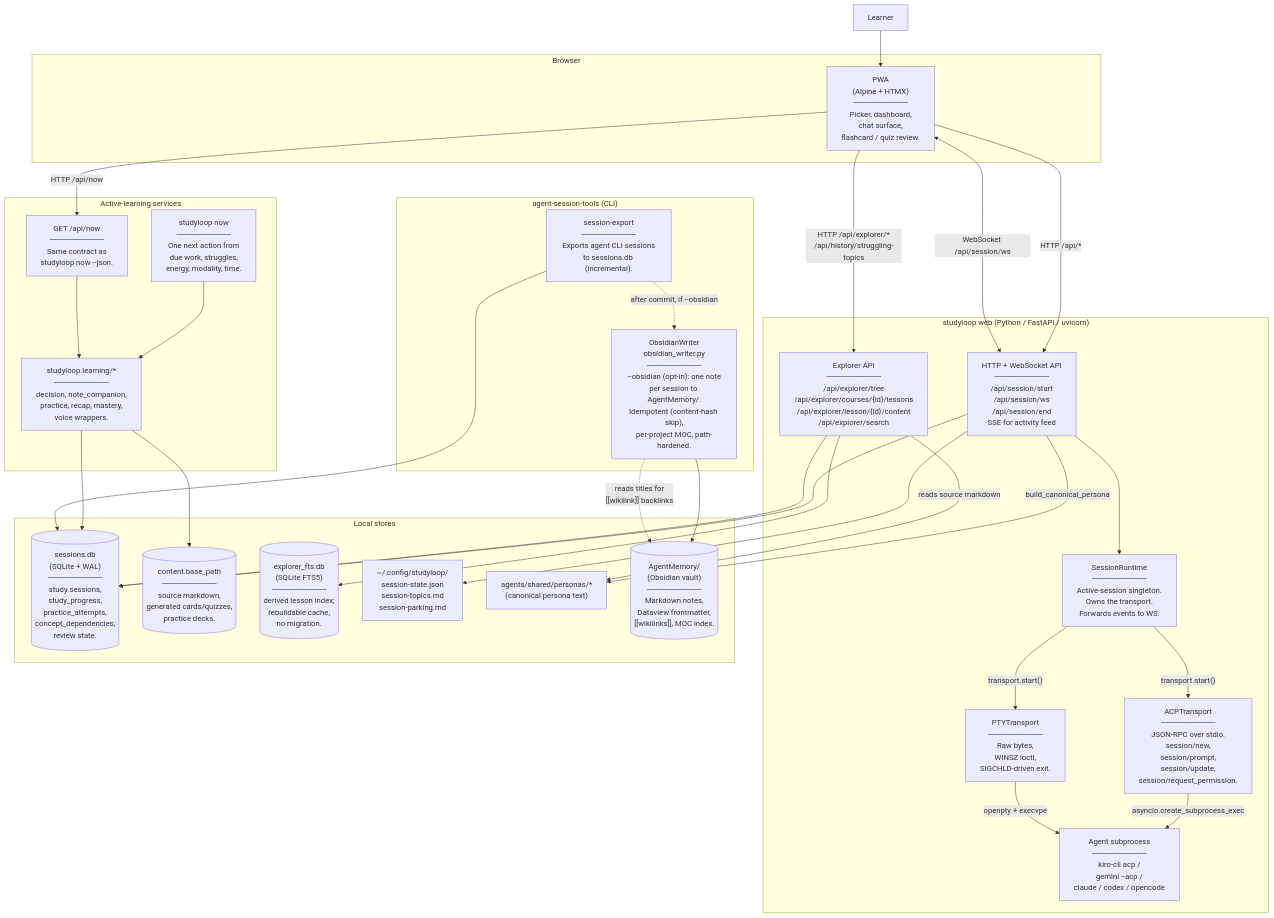
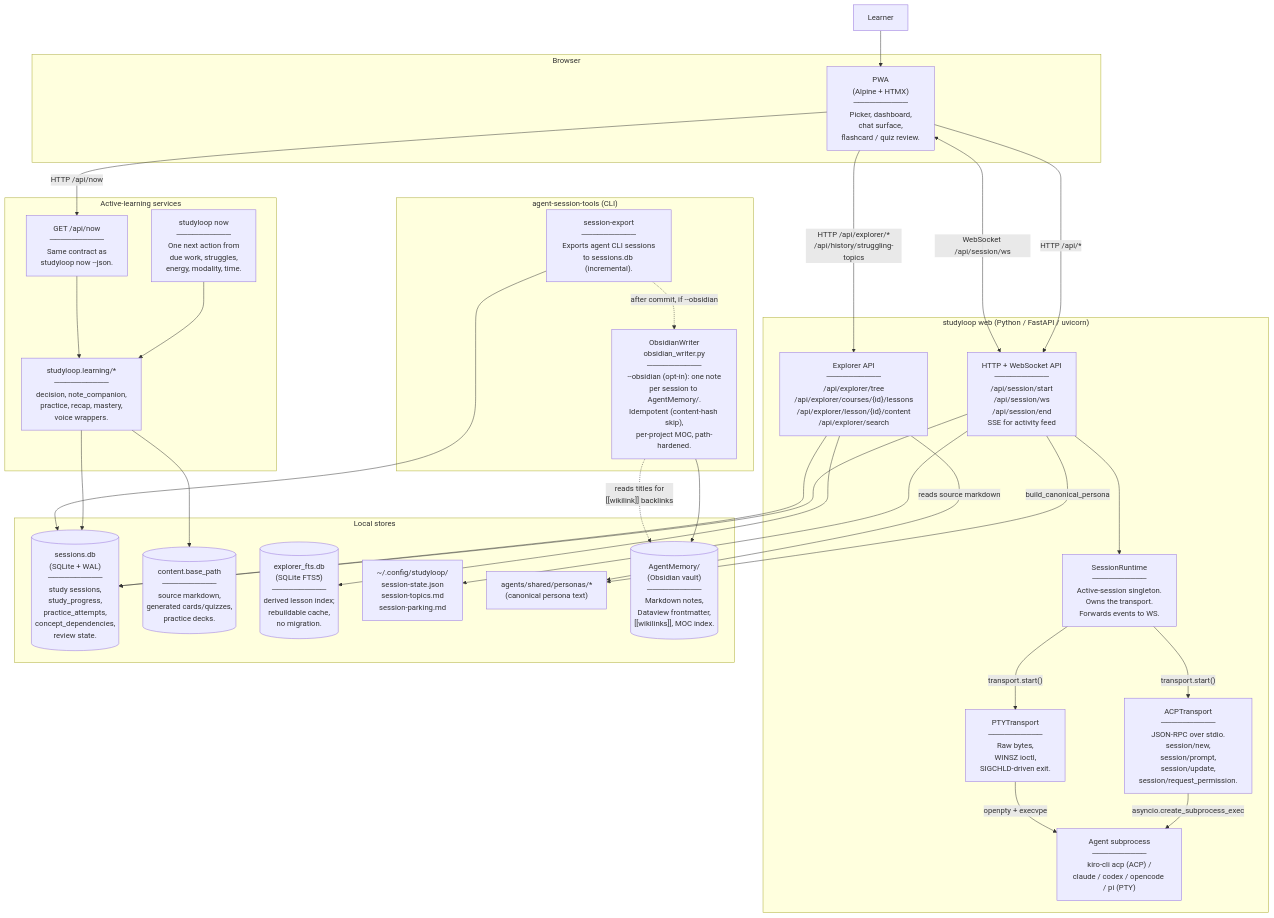
Before and after one commit to NetDevAutomate/StudyLoop: the second of 13 diagrams in docs/architecture/current.md, drawn with Mermaid. The commit also changed other lines of this file and 3 other files, not shown here.

First line of the commit message:
fix(R-65): remove Gemini as a mentor from the architecture docs

````diff
--- a/docs/architecture/current.md
+++ b/docs/architecture/current.md
@@ -83,62 +84,62 @@
 ```mermaid
 flowchart TB
     Learner["Learner"]
 
     subgraph "Browser"
       PWA["PWA<br/>(Alpine + HTMX)<br/>──────────<br/>Picker, dashboard,<br/>chat surface,<br/>flashcard / quiz review."]
     end
 
     subgraph "studyloop web (Python / FastAPI / uvicorn)"
       API["HTTP + WebSocket API<br/>──────────<br/>/api/session/start<br/>/api/session/ws<br/>/api/session/end<br/>SSE for activity feed"]
       ExplorerAPI["Explorer API<br/>──────────<br/>/api/explorer/tree<br/>/api/explorer/courses/{id}/lessons<br/>/api/explorer/lesson/{id}/content<br/>/api/explorer/search"]
       Runtime["SessionRuntime<br/>──────────<br/>Active-session singleton.<br/>Owns the transport.<br/>Forwards events to WS."]
       ACP["ACPTransport<br/>──────────<br/>JSON-RPC over stdio.<br/>session/new,<br/>session/prompt,<br/>session/update,<br/>session/request_permission."]
       PTY["PTYTransport<br/>──────────<br/>Raw bytes,<br/>WINSZ ioctl,<br/>SIGCHLD-driven exit."]
-      Agent["Agent subprocess<br/>──────────<br/>kiro-cli acp /<br/>gemini --acp /<br/>claude / codex / opencode"]
+      Agent["Agent subprocess<br/>──────────<br/>kiro-cli acp (ACP) /<br/>claude / codex / opencode / pi (PTY)"]
     end
 
     subgraph "Local stores"
       DB[("sessions.db<br/>(SQLite + WAL)<br/>──────────<br/>study sessions,<br/>study_progress,<br/>practice_attempts,<br/>concept_dependencies,<br/>review state.")]
       ContentBase[("content.base_path<br/>──────────<br/>source markdown,<br/>generated cards/quizzes,<br/>practice decks.")]
       FTS[("explorer_fts.db<br/>(SQLite FTS5)<br/>──────────<br/>derived lesson index;<br/>rebuildable cache,<br/>no migration.")]
       IPC["~/.config/studyloop/<br/>session-state.json<br/>session-topics.md<br/>session-parking.md"]
       Persona["agents/shared/personas/*<br/>(canonical persona text)"]
       AgentMemory[("AgentMemory/<br/>(Obsidian vault)<br/>──────────<br/>Markdown notes,<br/>Dataview frontmatter,<br/>[[wikilinks]], MOC index.")]
     end
 
     subgraph "agent-session-tools (CLI)"
       Export["session-export<br/>──────────<br/>Exports agent CLI sessions<br/>to sessions.db (incremental)."]
       ObsidianWriter["ObsidianWriter<br/>obsidian_writer.py<br/>──────────<br/>--obsidian (opt-in): one note<br/>per session to AgentMemory/.<br/>Idempotent (content-hash skip),<br/>per-project MOC, path-hardened."]
     end
 
     subgraph "Active-learning services"
       NowCLI["studyloop now<br/>──────────<br/>One next action from<br/>due work, struggles,<br/>energy, modality, time."]
       LearningServices["studyloop.learning/*<br/>──────────<br/>decision, note_companion,<br/>practice, recap, mastery,<br/>voice wrappers."]
       NowAPI["GET /api/now<br/>──────────<br/>Same contract as<br/>studyloop now --json."]
     end
 
     Learner --> PWA
     PWA -->|"HTTP /api/*"| API
     PWA -->|"HTTP /api/now"| NowAPI
     PWA <-->|"WebSocket /api/session/ws"| API
     PWA -->|"HTTP /api/explorer/*<br/>/api/history/struggling-topics"| ExplorerAPI
     API --> Runtime
     Runtime -->|"transport.start()"| ACP
     Runtime -->|"transport.start()"| PTY
     ACP -->|"asyncio.create_subprocess_exec"| Agent
     PTY -->|"openpty + execvpe"| Agent
     API --> DB
     API --> IPC
     API -->|"build_canonical_persona"| Persona
     ExplorerAPI -->|"reads source markdown"| Persona
     ExplorerAPI --> FTS
     ExplorerAPI --> DB
     NowCLI --> LearningServices
     NowAPI --> LearningServices
     LearningServices --> DB
     LearningServices --> ContentBase
     Export --> DB
     Export -.->|"after commit, if --obsidian"| ObsidianWriter
     ObsidianWriter --> AgentMemory
     ObsidianWriter -.->|"reads titles for<br/>[[wikilink]] backlinks"| AgentMemory
 ```
````
